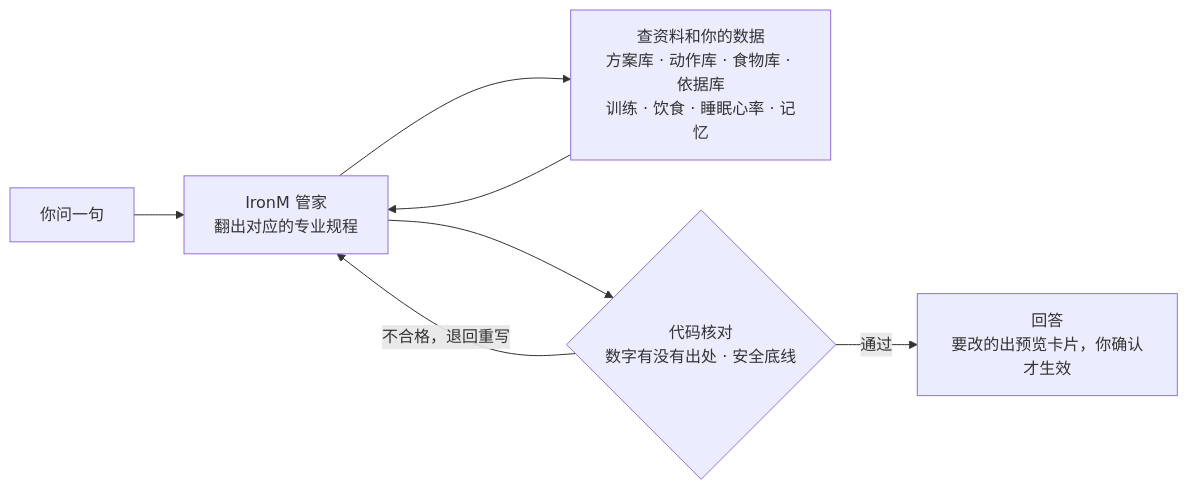
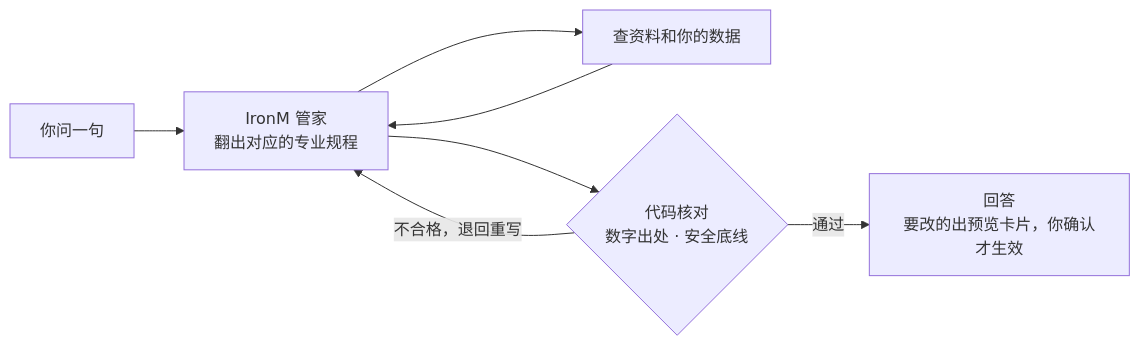
Before and after one commit to liua8/ironm: the diagram in README.md, drawn with Mermaid. The commit also changed other lines of this file and 1 other file, not shown here.

````diff
--- a/README.md
+++ b/README.md
@@ -166,9 +191,9 @@
 ```mermaid
 flowchart LR
     Q["你问一句"] --> A["IronM 管家<br/>翻出对应的专业规程"]
-    A --> T["查资料和你的数据<br/>方案库 · 动作库 · 食物库 · 依据库<br/>训练 · 饮食 · 睡眠心率 · 记忆"]
+    A --> T["查资料和你的数据"]
     T --> A
-    A --> C{"代码核对<br/>数字有没有出处 · 安全底线"}
+    A --> C{"代码核对<br/>数字出处 · 安全底线"}
     C -- 不合格，退回重写 --> A
     C -- 通过 --> R["回答<br/>要改的出预览卡片，你确认才生效"]
 ```
````
